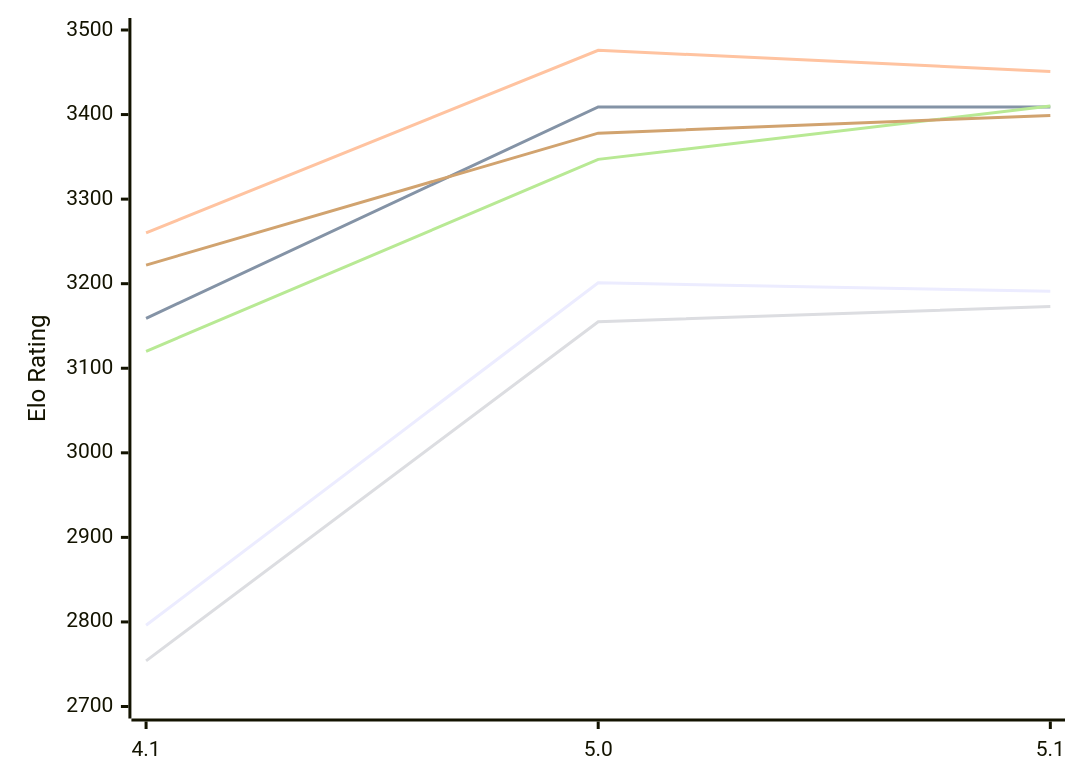
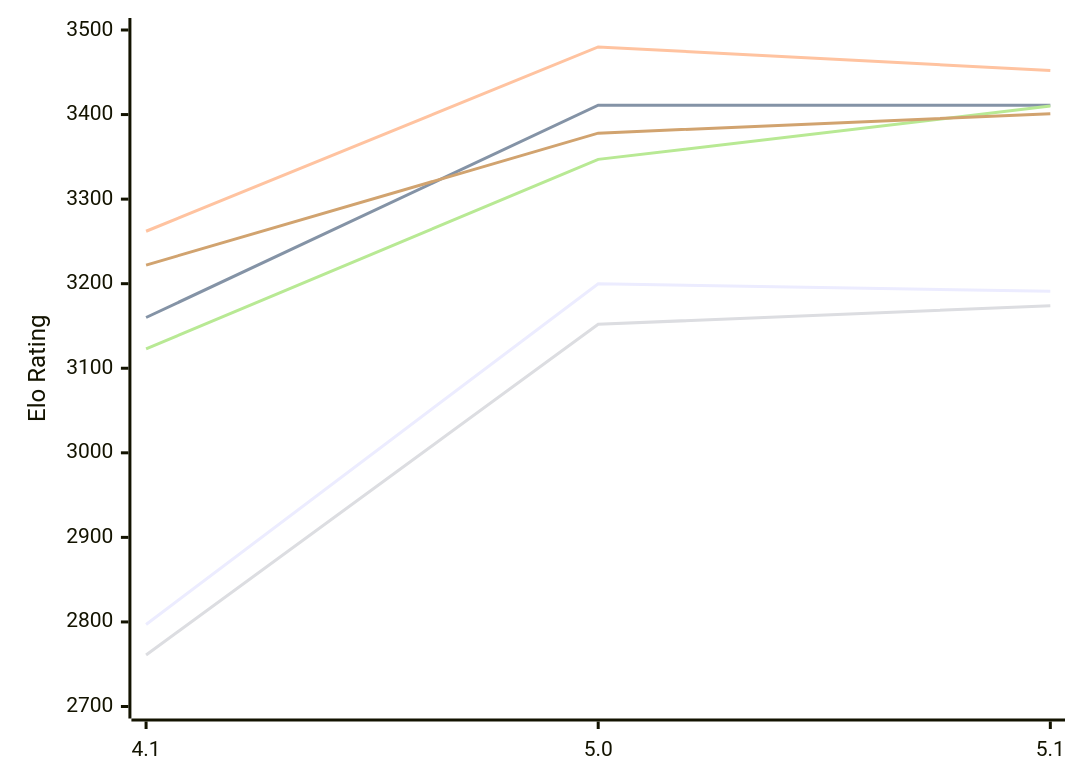
One commit to computer-chess-index/cci changed the diagram in engines/NarcNext.md. Above: the diagram before and after it, drawn with Mermaid. The commit also changed other lines of this file, not shown here.

Commit message:
Update CCI Ratings (ELO VLTC) - 2026-11-17

````diff
--- a/engines/NarcNext.md
+++ b/engines/NarcNext.md
@@ -51,12 +51,12 @@
 ```mermaid
 %%{init: {"theme":"base","themeVariables":{"seriesColors:['#a3a3a3','#222221','#faa371']}}}%%
 xychart-beta
   x-axis ["4.1", "5.0", "5.1"]
   y-axis "Elo Rating" 2700 --> 3500
-  line "E1: STC (8.0+0.08s)" [2796, 3201, 3191]
-  line "E1: LTC (60.0+0.60s)" [3159, 3409, 3409]
-  line "E1: VLTC (2m24s+1.12s)" [3260, 3476, 3451]
-  line "P1: STC (8.0+0.08s)" [2754, 3155, 3173]
-  line "P1: LTC (60.0+0.60s)" [3120, 3347, 3410]
-  line "P1: VLTC (2m24s+1.12s)" [3222, 3378, 3399]
+  line "E1: STC (8.0+0.08s)" [2797, 3200, 3191]
+  line "E1: LTC (60.0+0.60s)" [3160, 3411, 3411]
+  line "E1: VLTC (2m24s+1.12s)" [3262, 3480, 3452]
+  line "P1: STC (8.0+0.08s)" [2761, 3152, 3174]
+  line "P1: LTC (60.0+0.60s)" [3123, 3347, 3410]
+  line "P1: VLTC (2m24s+1.12s)" [3222, 3378, 3401]
 ```
````
